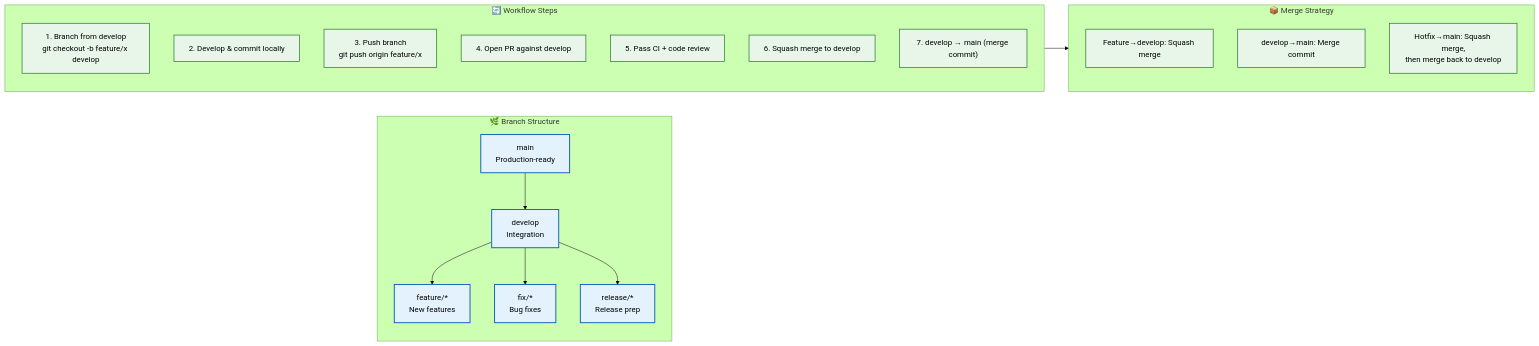
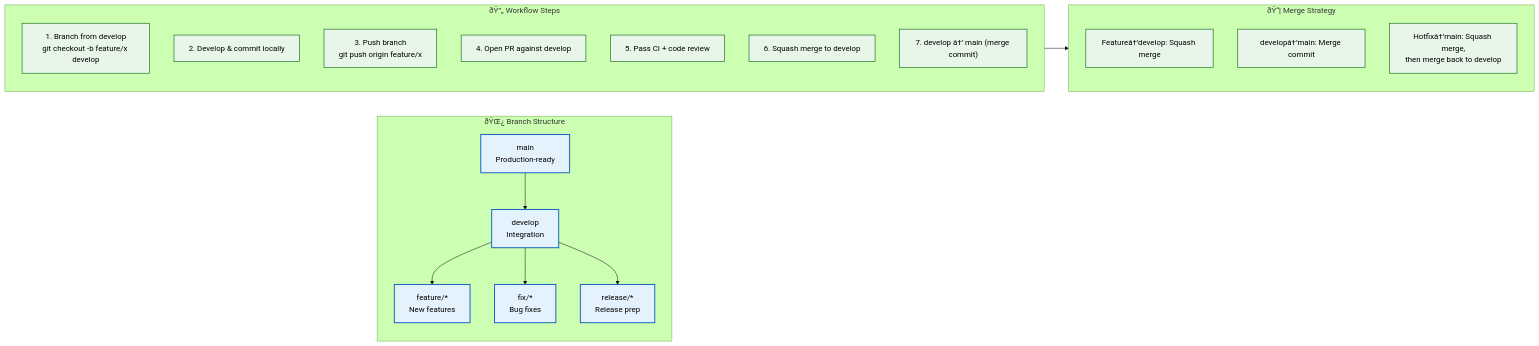
Before and after one commit to Driftloom/Vaeloom: the diagram in Docs/Engineering/Git-Workflow.md, drawn with Mermaid (forest theme). The commit also changed other lines of this file and 249 other files, not shown here.

````diff
--- a/Docs/Engineering/Git-Workflow.md
+++ b/Docs/Engineering/Git-Workflow.md
@@ -8,37 +8,37 @@
 ```mermaid
 graph LR
     classDef branch fill:#e3f2fd,stroke:#1565c0,color:#000,stroke-width:2px
     classDef action fill:#e8f5e9,stroke:#2e7d32,color:#000,stroke-width:1.5px
 
-    subgraph Branches["🌿 Branch Structure"]
+    subgraph Branches["ðŸŒ¿ Branch Structure"]
         MAIN["main<br/>Production-ready"]
         DEV["develop<br/>Integration"]
         FEAT["feature/*<br/>New features"]
         FIX["fix/*<br/>Bug fixes"]
         RELEASE["release/*<br/>Release prep"]
     end
 
-    subgraph Workflow["🔄 Workflow Steps"]
+    subgraph Workflow["ðŸ”„ Workflow Steps"]
         S1["1. Branch from develop<br/>git checkout -b feature/x develop"]
         S2["2. Develop & commit locally"]
         S3["3. Push branch<br/>git push origin feature/x"]
         S4["4. Open PR against develop"]
         S5["5. Pass CI + code review"]
         S6["6. Squash merge to develop"]
-        S7["7. develop → main (merge commit)"]
+        S7["7. develop â†’ main (merge commit)"]
     end
 
-    subgraph Merge["📦 Merge Strategy"]
-        M1["Feature→develop: Squash merge"]
-        M2["develop→main: Merge commit"]
-        M3["Hotfix→main: Squash merge,<br/>then merge back to develop"]
+    subgraph Merge["ðŸ“¦ Merge Strategy"]
+        M1["Featureâ†’develop: Squash merge"]
+        M2["developâ†’main: Merge commit"]
+        M3["Hotfixâ†’main: Squash merge,<br/>then merge back to develop"]
     end
 
     MAIN --> DEV
     DEV --> FEAT & FIX & RELEASE
     Workflow --> Merge
 
     class MAIN,DEV,FEAT,FIX,RELEASE branch
     class S1,S2,S3,S4,S5,S6,S7 action
     class M1,M2,M3 action
 ```
````
